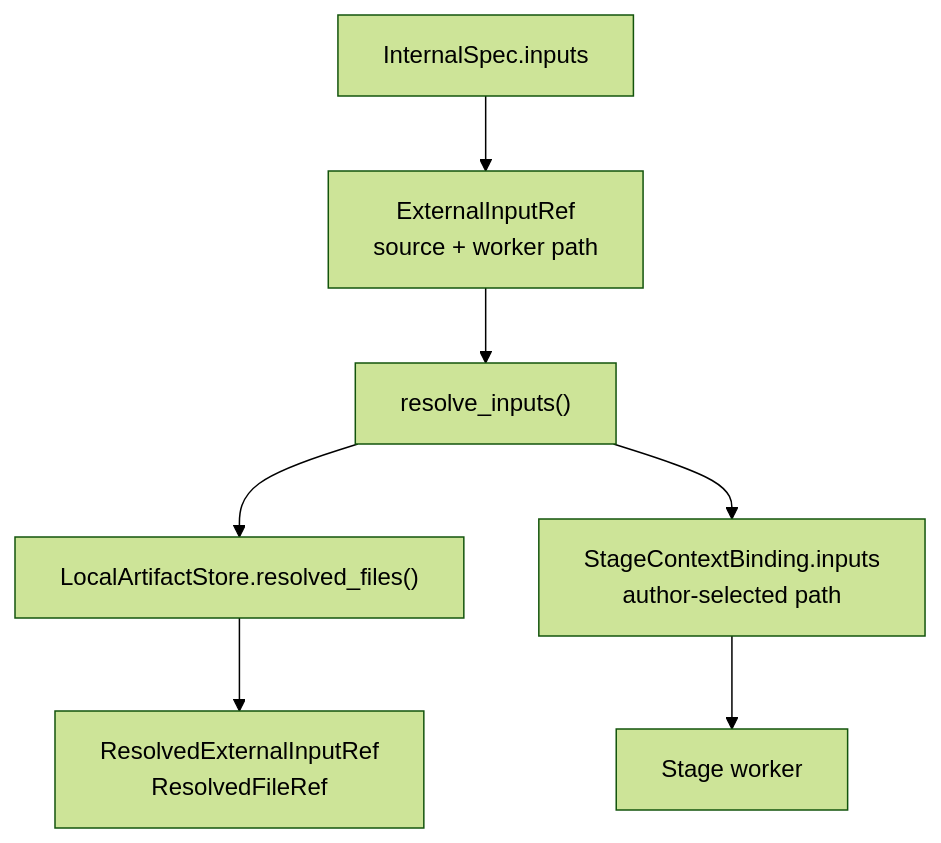
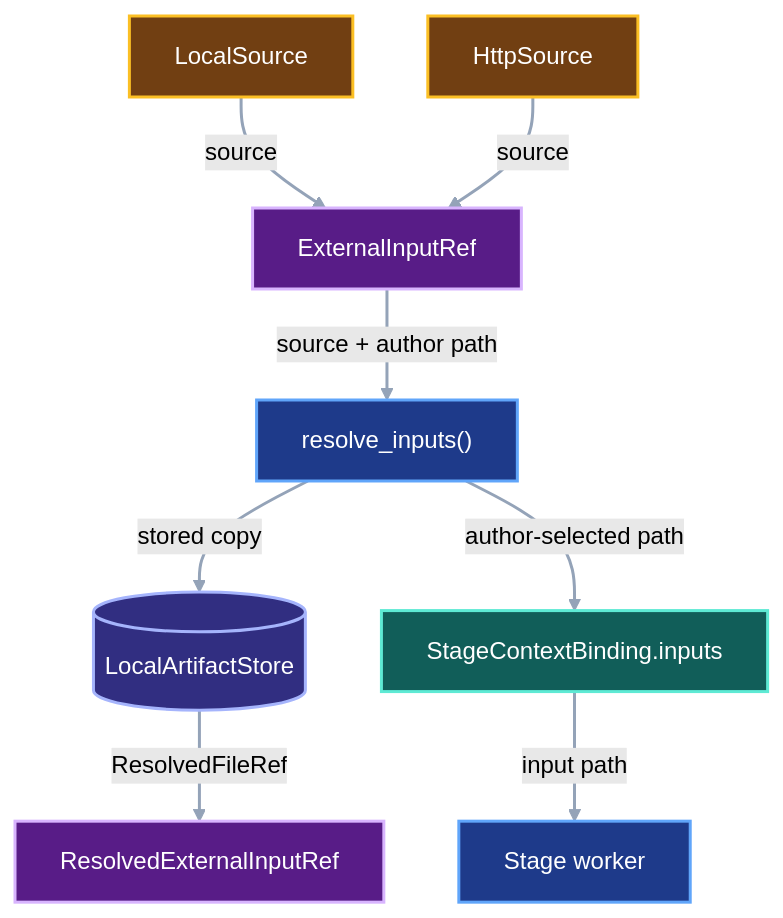
Before and after one commit to pvd232/viper: the first of 3 diagrams in docs/development/external-input-roots.md, drawn with Mermaid (forest theme). The commit also changed other lines of this file and 1 other file, not shown here.

Commit message:
Restore external input architecture DAGs

````diff
--- a/docs/development/external-input-roots.md
+++ b/docs/development/external-input-roots.md
@@ -41,9 +41,22 @@
 ```mermaid
 flowchart TB
-    Plan["InternalSpec.inputs"] --> Ref["ExternalInputRef<br/>source + worker path"]
-    Ref --> Resolve["resolve_inputs()"]
-    Resolve --> Store["LocalArtifactStore.resolved_files()"]
-    Store --> Evidence["ResolvedExternalInputRef<br/>ResolvedFileRef"]
-    Resolve --> Binding["StageContextBinding.inputs<br/>author-selected path"]
-    Binding --> Worker["Stage worker"]
+    Local["LocalSource"] -->|"source"| Ref["ExternalInputRef"]
+    Http["HttpSource"] -->|"source"| Ref
+    Ref -->|"source + author path"| Resolve["resolve_inputs()"]
+    Resolve -->|"stored copy"| Store[("LocalArtifactStore")]
+    Store -->|"ResolvedFileRef"| Evidence["ResolvedExternalInputRef"]
+    Resolve -->|"author-selected path"| Binding["StageContextBinding.inputs"]
+    Binding -->|"input path"| Worker["Stage worker"]
+
+    class Local,Http declaration
+    class Ref,Evidence record
+    class Resolve,Worker execution
+    class Store storage
+    class Binding boundary
+    classDef declaration fill:#713f12,stroke:#fbbf24,color:#ffffff,stroke-width:2px
+    classDef record fill:#581c87,stroke:#d8b4fe,color:#ffffff,stroke-width:2px
+    classDef execution fill:#1e3a8a,stroke:#60a5fa,color:#ffffff,stroke-width:2px
+    classDef storage fill:#312e81,stroke:#a5b4fc,color:#ffffff,stroke-width:2px
+    classDef boundary fill:#115e59,stroke:#5eead4,color:#ffffff,stroke-width:2px
+    linkStyle default stroke:#94a3b8,stroke-width:2px
 ```
````
